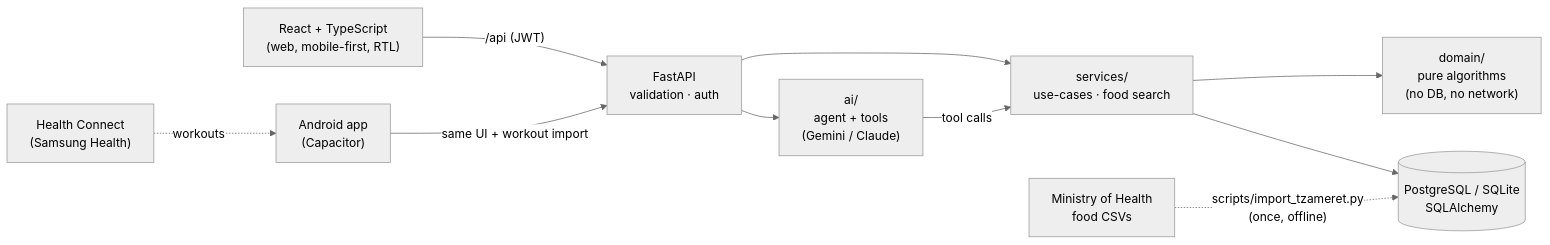
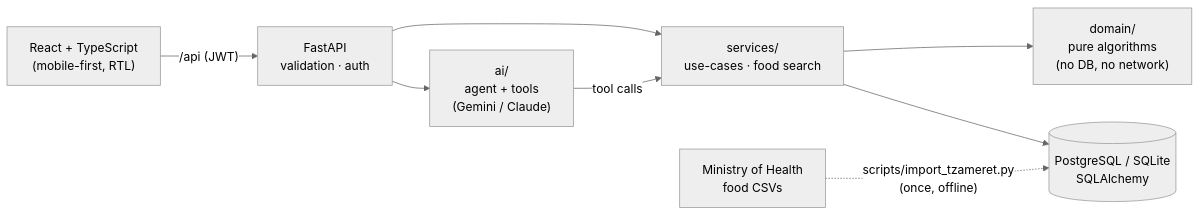
Before and after one commit to OfriKeidar/FitFlow: the diagram in README.md, drawn with Mermaid (neutral theme). The commit also changed other lines of this file and 72 other files, not shown here.

First line of the commit message:
Drop the Android app and Health Connect sync; README algorithms section; logical chat example

````diff
--- a/README.md
+++ b/README.md
@@ -46,12 +45,10 @@
 ```mermaid
 flowchart LR
-    UI["React + TypeScript<br/>(web, mobile-first, RTL)"] -->|"/api (JWT)"| API["FastAPI<br/>validation · auth"]
-    APP["Android app<br/>(Capacitor)"] -->|"same UI + workout import"| API
-    HC["Health Connect<br/>(Samsung Health)"] -.->|"workouts"| APP
+    UI["React + TypeScript<br/>(mobile-first, RTL)"] -->|"/api (JWT)"| API["FastAPI<br/>validation · auth"]
     API --> SVC["services/<br/>use-cases · food search"]
     API --> AI["ai/<br/>agent + tools<br/>(Gemini / Claude)"]
     AI -->|"tool calls"| SVC
     SVC --> DOM["domain/<br/>pure algorithms<br/>(no DB, no network)"]
     SVC --> DB[("PostgreSQL / SQLite<br/>SQLAlchemy")]
     MOH["Ministry of Health<br/>food CSVs"] -.->|"scripts/import_tzameret.py<br/>(once, offline)"| DB
 ```
````
